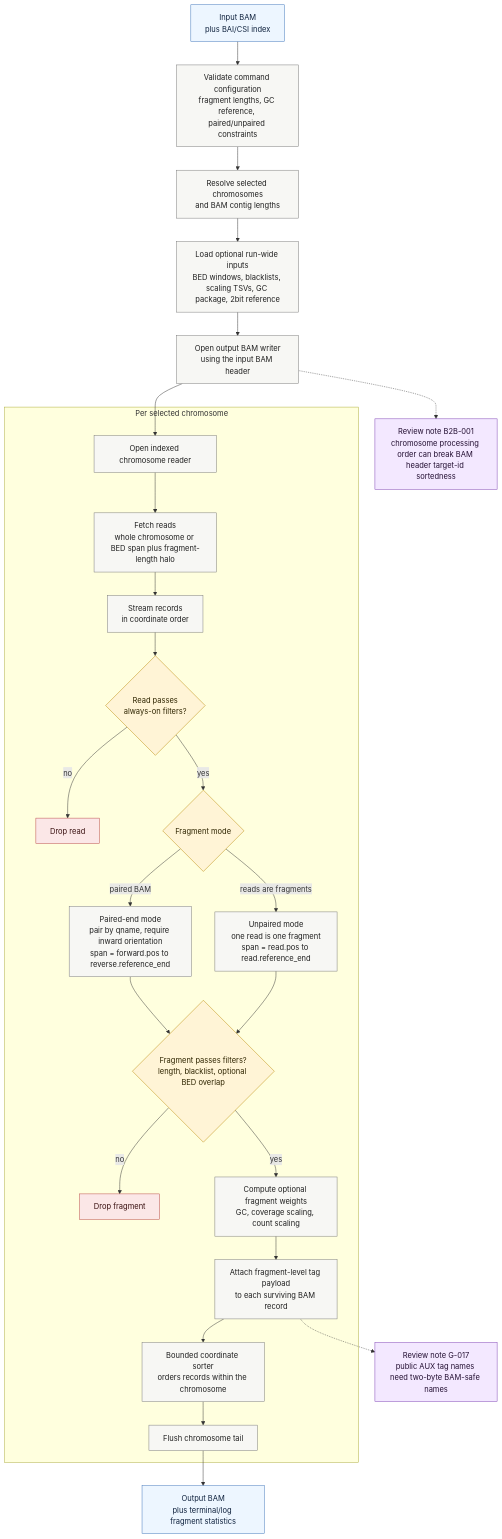
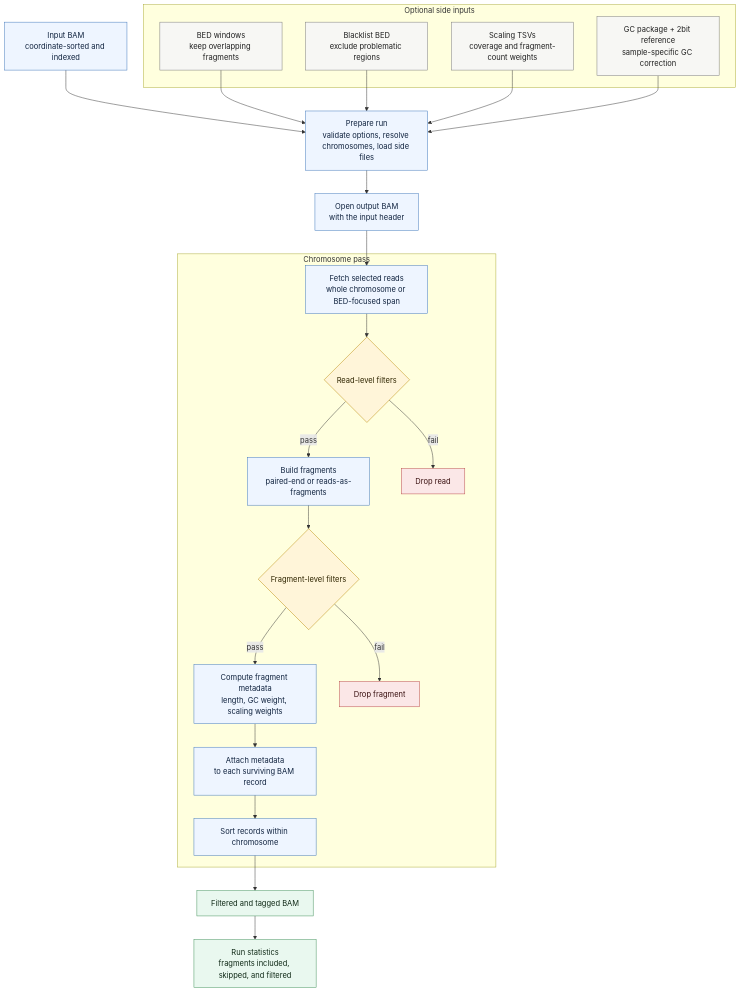
The diagram in plans_and_specs/command_pipelines/bam-to-bam.md (BesenbacherLab/cfDNAlab), drawn with Mermaid before and after one commit. The commit also changed other lines of this file, not shown here.

Commit message:
viz second try

````diff
--- a/plans_and_specs/command_pipelines/bam-to-bam.md
+++ b/plans_and_specs/command_pipelines/bam-to-bam.md
@@ -7,58 +7,53 @@
 ```mermaid
 flowchart TD
-    input["Input BAM<br/>plus BAI/CSI index"]
-    validate["Validate command configuration<br/>fragment lengths, GC reference, paired/unpaired constraints"]
-    resolve["Resolve selected chromosomes<br/>and BAM contig lengths"]
-    load["Load optional run-wide inputs<br/>BED windows, blacklists, scaling TSVs, GC package, 2bit reference"]
-    writer["Open output BAM writer<br/>using the input BAM header"]
+    input["Input BAM<br/>coordinate-sorted and indexed"]
+    setup["Prepare run<br/>validate options, resolve chromosomes, load side files"]
+    output_writer["Open output BAM<br/>with the input header"]
 
-    input --> validate --> resolve --> load --> writer
+    input --> setup --> output_writer
 
-    subgraph per_chromosome["Per selected chromosome"]
-        chrom_reader["Open indexed chromosome reader"]
-        fetch["Fetch reads<br/>whole chromosome or BED span plus fragment-length halo"]
-        stream["Stream records<br/>in coordinate order"]
-        read_filter{"Read passes<br/>always-on filters?"}
-        skip_read["Drop read"]
-        fragment_mode{"Fragment mode"}
-        paired["Paired-end mode<br/>pair by qname, require inward orientation<br/>span = forward.pos to reverse.reference_end"]
-        unpaired["Unpaired mode<br/>one read is one fragment<br/>span = read.pos to read.reference_end"]
-        fragment_filter{"Fragment passes filters?<br/>length, blacklist, optional BED overlap"}
-        skip_fragment["Drop fragment"]
-        weights["Compute optional fragment weights<br/>GC, coverage scaling, count scaling"]
-        tags["Attach fragment-level tag payload<br/>to each surviving BAM record"]
-        sort_buffer["Bounded coordinate sorter<br/>orders records within the chromosome"]
-        flush["Flush chromosome tail"]
-
-        chrom_reader --> fetch --> stream --> read_filter
-        read_filter -- "no" --> skip_read
-        read_filter -- "yes" --> fragment_mode
-        fragment_mode -- "paired BAM" --> paired
-        fragment_mode -- "reads are fragments" --> unpaired
-        paired --> fragment_filter
-        unpaired --> fragment_filter
-        fragment_filter -- "no" --> skip_fragment
-        fragment_filter -- "yes" --> weights --> tags --> sort_buffer --> flush
+    subgraph side_inputs["Optional side inputs"]
+        windows["BED windows<br/>keep overlapping fragments"]
+        blacklist["Blacklist BED<br/>exclude problematic regions"]
+        scaling["Scaling TSVs<br/>coverage and fragment-count weights"]
+        gc["GC package + 2bit reference<br/>sample-specific GC correction"]
     end
 
-    writer --> chrom_reader
-    flush --> output["Output BAM<br/>plus terminal/log fragment statistics"]
+    windows --> setup
+    blacklist --> setup
+    scaling --> setup
+    gc --> setup
 
-    sorted_warning["Review note B2B-001<br/>chromosome processing order can break BAM header target-id sortedness"]
-    writer -.-> sorted_warning
+    subgraph chromosome_pass["Chromosome pass"]
+        fetch["Fetch selected reads<br/>whole chromosome or BED-focused span"]
+        read_filter{"Read-level filters"}
+        assemble["Build fragments<br/>paired-end or reads-as-fragments"]
+        fragment_filter{"Fragment-level filters"}
+        weight["Compute fragment metadata<br/>length, GC weight, scaling weights"]
+        tag_records["Attach metadata<br/>to each surviving BAM record"]
+        sort_records["Sort records within chromosome"]
 
-    tag_warning["Review note G-017<br/>public AUX tag names need two-byte BAM-safe names"]
-    tags -.-> tag_warning
+        fetch --> read_filter
+        read_filter -- "pass" --> assemble
+        read_filter -- "fail" --> dropped_read["Drop read"]
+        assemble --> fragment_filter
+        fragment_filter -- "pass" --> weight --> tag_records --> sort_records
+        fragment_filter -- "fail" --> dropped_fragment["Drop fragment"]
+    end
 
-    classDef inputOutput fill:#edf6ff,stroke:#3b73b9,color:#10233f;
-    classDef process fill:#f7f7f4,stroke:#777,color:#202020;
-    classDef decision fill:#fff4d6,stroke:#b88700,color:#2f2500;
+    output_writer --> fetch
+    sort_records --> final_bam["Filtered and tagged BAM"]
+    final_bam --> stats["Run statistics<br/>fragments included, skipped, and filtered"]
+
+    classDef core fill:#eef5ff,stroke:#3b73b9,color:#10233f;
+    classDef optional fill:#f7f7f4,stroke:#777,color:#202020;
+    classDef decision fill:#fff5d9,stroke:#b88700,color:#2f2500;
     classDef drop fill:#fbe7e7,stroke:#b84545,color:#3a1111;
-    classDef warning fill:#f3e8ff,stroke:#7c3fb2,color:#241033;
+    classDef output fill:#e9f8ef,stroke:#3e8f57,color:#102a17;
 
-    class input,output inputOutput;
-    class validate,resolve,load,writer,chrom_reader,fetch,stream,paired,unpaired,weights,tags,sort_buffer,flush process;
-    class read_filter,fragment_mode,fragment_filter decision;
-    class skip_read,skip_fragment drop;
-    class sorted_warning,tag_warning warning;
+    class input,setup,output_writer,fetch,assemble,weight,tag_records,sort_records core;
+    class windows,blacklist,scaling,gc optional;
+    class read_filter,fragment_filter decision;
+    class dropped_read,dropped_fragment drop;
+    class final_bam,stats output;
 ```
````
